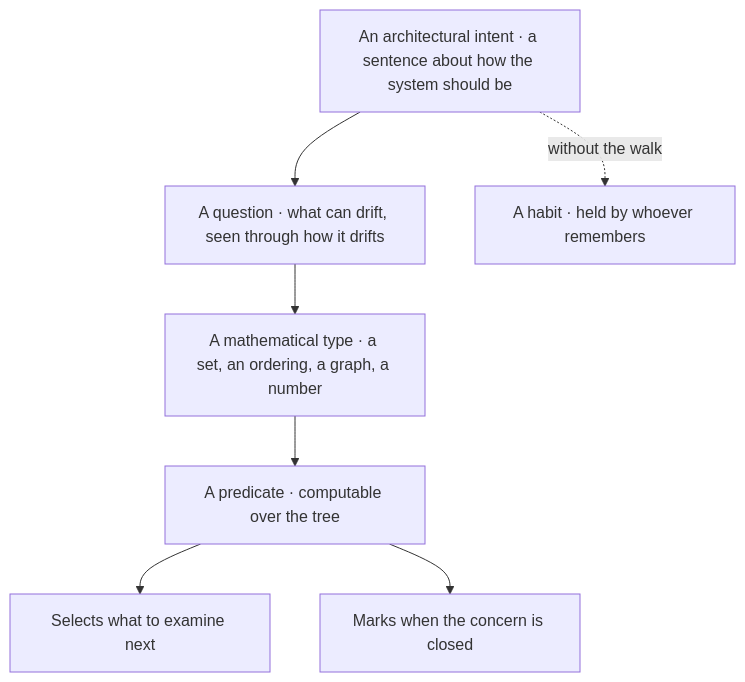
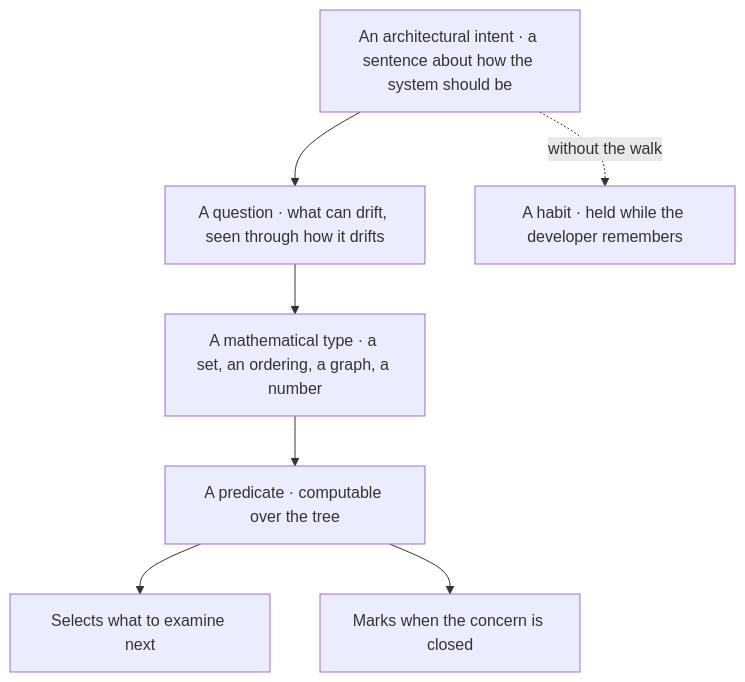
Before and after one commit to Varietyz/Disciplined-AI-Software-Development: the first of 6 diagrams in architecture/COVERAGE.md, drawn with Mermaid. The commit also changed other lines of this file and 25 other files, not shown here.

````diff
--- a/architecture/COVERAGE.md
+++ b/architecture/COVERAGE.md
@@ -43,14 +39,14 @@
 ```mermaid
 flowchart TB
 intent["An architectural intent · a sentence about how the system should be"]
 question["A question · what can drift, seen through how it drifts"]
 type["A mathematical type · a set, an ordering, a graph, a number"]
 predicate["A predicate · computable over the tree"]
 selects["Selects what to examine next"]
 closes["Marks when the concern is closed"]
-habit["A habit · held by whoever remembers"]
+habit["A habit · held while the developer remembers"]
 intent --> question --> type --> predicate
 predicate --> selects
 predicate --> closes
 intent -. without the walk .-> habit
 ```
````
